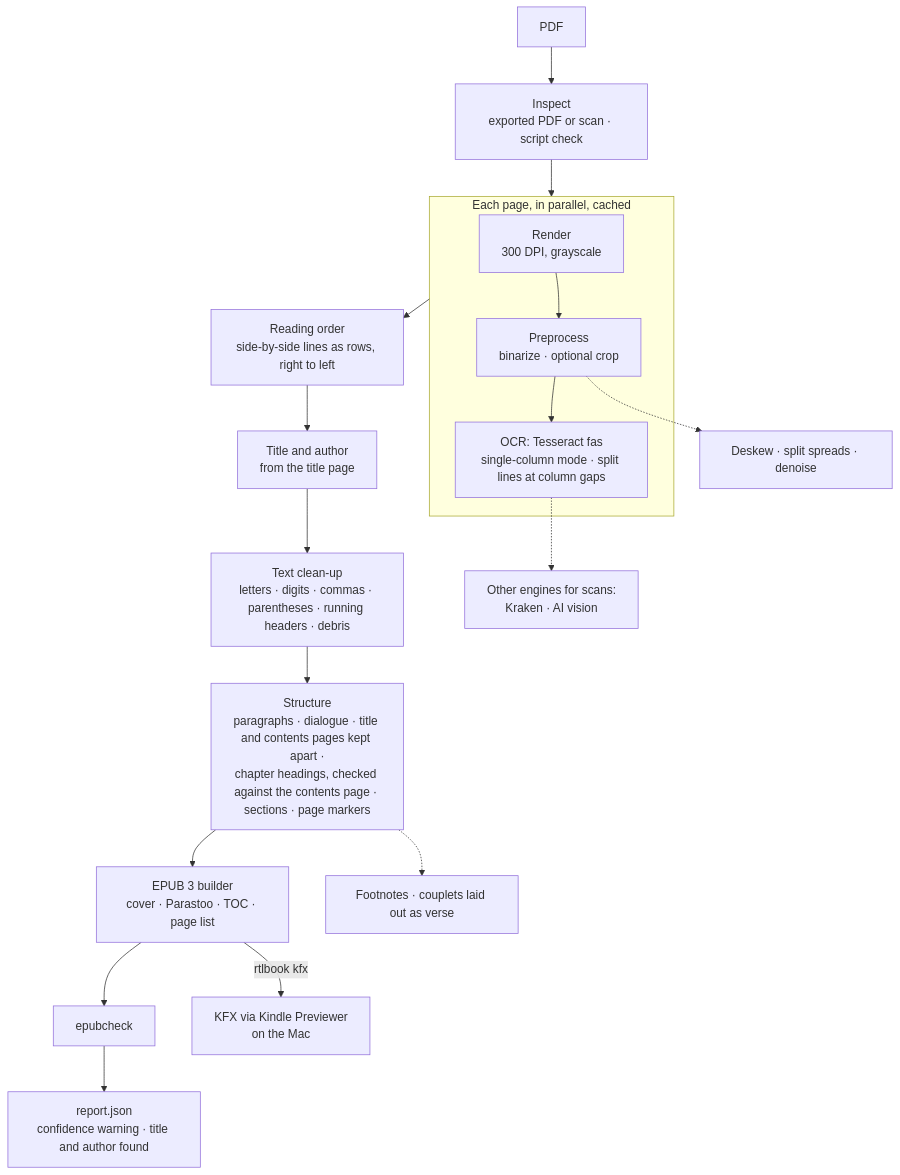
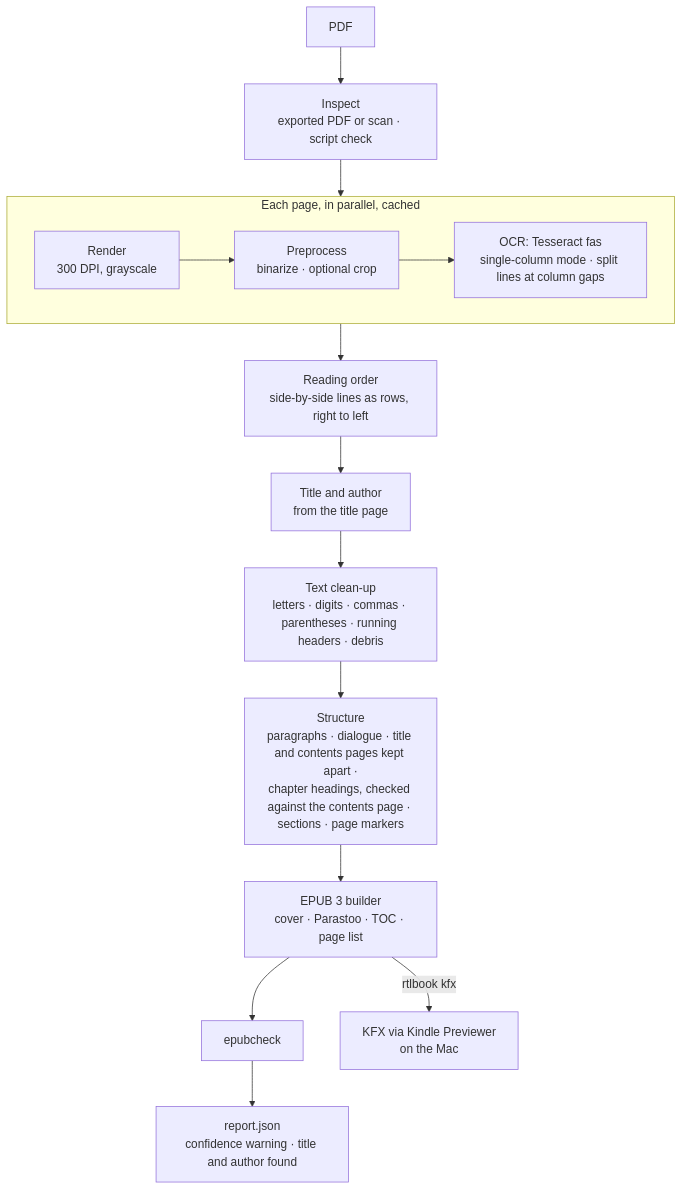
Before and after one commit to ardeshirj/rtlbook: the diagram in DESIGN.md, drawn with Mermaid. The commit also changed other lines of this file and 3 other files, not shown here.

First line of the commit message:
Split plans out of DESIGN.md into ROADMAP.md

````diff
--- a/DESIGN.md
+++ b/DESIGN.md
@@ -54,20 +51,17 @@
 ```mermaid
 flowchart TD
     A[PDF] --> B[Inspect<br/>exported PDF or scan · script check]
     B --> P
     subgraph P [Each page, in parallel, cached]
         C[Render<br/>300 DPI, grayscale] --> D[Preprocess<br/>binarize · optional crop]
         D --> E[OCR: Tesseract fas<br/>single-column mode · split lines at column gaps]
     end
     P --> F[Reading order<br/>side-by-side lines as rows, right to left]
     F --> G[Title and author<br/>from the title page]
     G --> H[Text clean-up<br/>letters · digits · commas · parentheses · running headers · debris]
     H --> I[Structure<br/>paragraphs · dialogue · title and contents pages kept apart ·<br/>chapter headings, checked against the contents page · sections · page markers]
     I --> J[EPUB 3 builder<br/>cover · Parastoo · TOC · page list]
     J --> K[epubcheck]
     K --> R[report.json<br/>confidence warning · title and author found]
     J -->|rtlbook kfx| L[KFX via Kindle Previewer<br/>on the Mac]
-    D -.-> D2[Deskew · split spreads · denoise]
-    E -.-> E2[Other engines for scans:<br/>Kraken · AI vision]
-    I -.-> I2[Footnotes · couplets laid out as verse]
 ```
````
